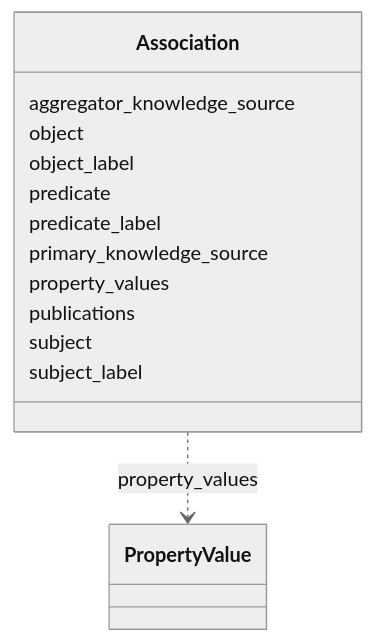
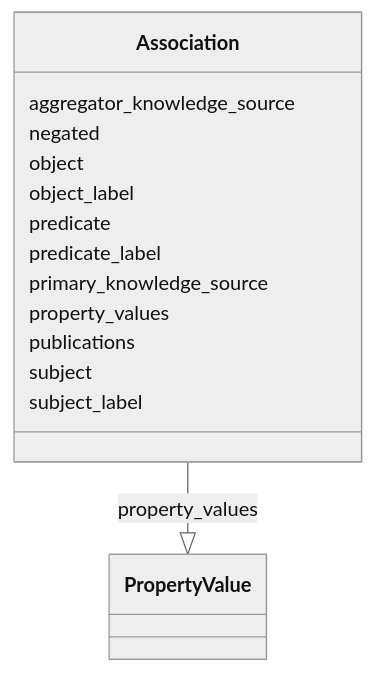
One commit to INCATools/ontology-access-kit changed the diagram in association/Association.md. Above: the diagram before and after it, drawn with Mermaid (neutral theme). The commit also changed other lines of this file and 3011 other files, not shown here.

````diff
--- a/association/Association.md
+++ b/association/Association.md
@@ -11,27 +14,29 @@
 ```{mermaid}
  classDiagram
     class Association
       Association : aggregator_knowledge_source
+        
+      Association : negated
         
       Association : object
         
       Association : object_label
         
       Association : predicate
         
       Association : predicate_label
         
       Association : primary_knowledge_source
         
       Association : property_values
         
-          Association ..> PropertyValue : property_values
+          Association --|> PropertyValue : property_values
         
       Association : publications
         
       Association : subject
         
       Association : subject_label
         
       
 ```
````
